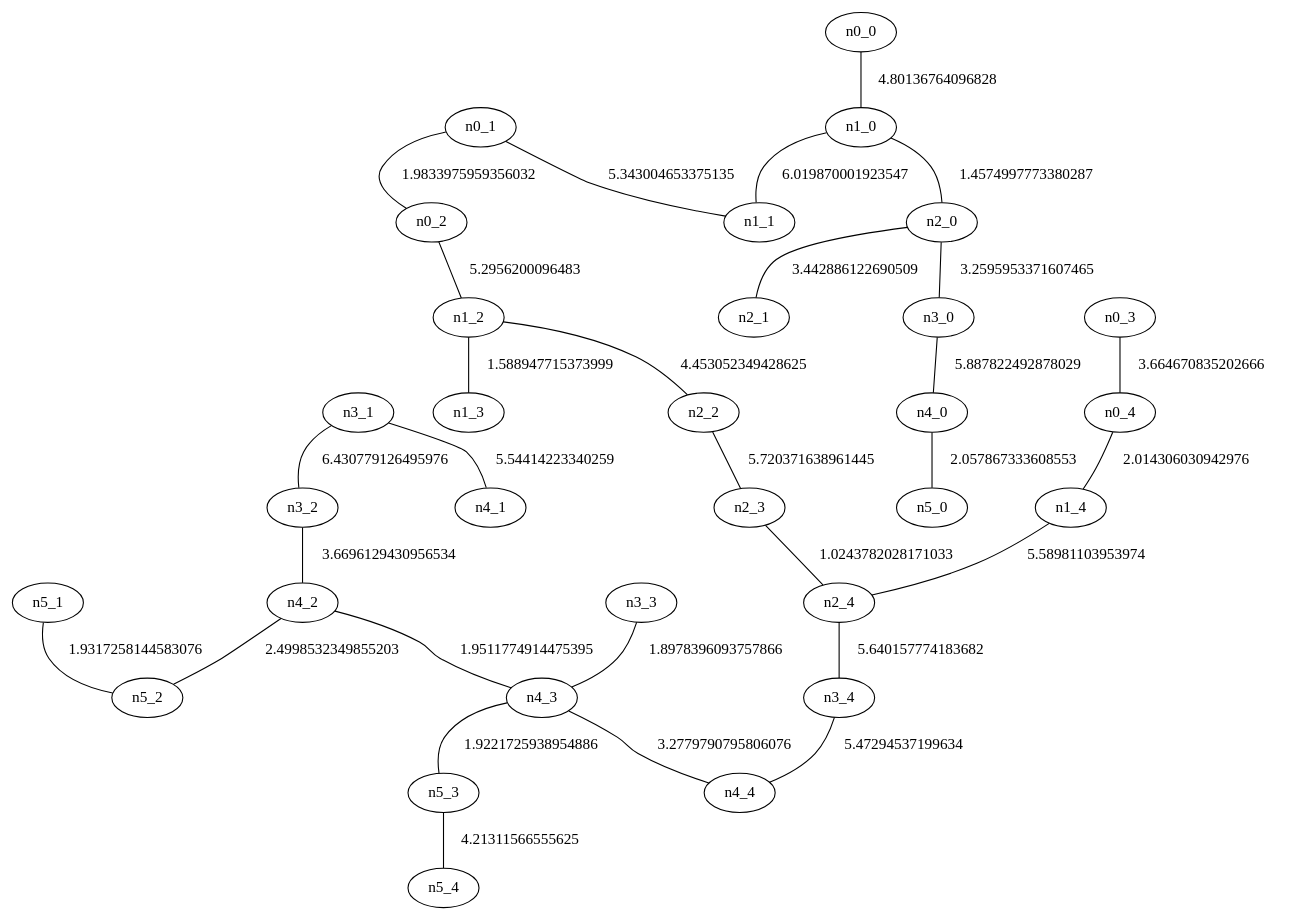
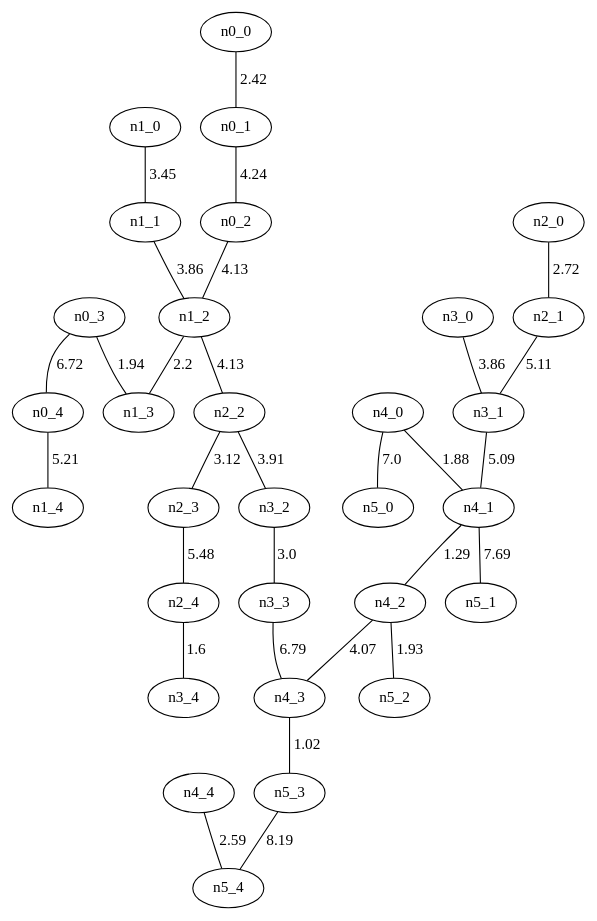
Before and after one commit to FranciscoMGL/Proyecto-Algoritmos: the diagram in KruskalD_malla_30.gv, drawn with Graphviz. The commit also changed 7 other files, not shown here.

```diff
--- a/KruskalD_malla_30.gv
+++ b/KruskalD_malla_30.gv
@@ -1,61 +1,61 @@
 graph G {
   "n1_4";
-  "n1_0";
-  "n5_3";
+  "n4_4";
   "n3_4";
-  "n0_3";
   "n1_2";
   "n5_0";
+  "n4_3";
+  "n1_0";
+  "n3_0";
+  "n5_1";
+  "n5_4";
+  "n2_0";
+  "n1_1";
+  "n5_3";
+  "n5_2";
+  "n2_1";
+  "n2_3";
+  "n2_2";
+  "n3_3";
+  "n1_3";
+  "n4_0";
+  "n0_4";
+  "n4_2";
+  "n3_1";
+  "n0_1";
+  "n0_2";
   "n3_2";
-  "n5_1";
-  "n2_1";
-  "n2_0";
-  "n4_0";
-  "n4_2";
-  "n5_4";
-  "n0_4";
-  "n3_1";
+  "n0_0";
+  "n0_3";
   "n2_4";
-  "n0_0";
-  "n0_1";
-  "n5_2";
-  "n1_3";
-  "n3_3";
-  "n3_0";
   "n4_1";
-  "n4_4";
-  "n4_3";
-  "n0_2";
-  "n2_3";
-  "n1_1";
-  "n2_2";
-  "n2_3" -- "n2_4" [label="1.0243782028171033"];
-  "n1_0" -- "n2_0" [label="1.4574997773380287"];
-  "n1_2" -- "n1_3" [label="1.588947715373999"];
-  "n3_3" -- "n4_3" [label="1.8978396093757866"];
-  "n4_3" -- "n5_3" [label="1.9221725938954886"];
-  "n5_1" -- "n5_2" [label="1.9317258144583076"];
-  "n4_2" -- "n4_3" [label="1.9511774914475395"];
-  "n0_1" -- "n0_2" [label="1.9833975959356032"];
-  "n0_4" -- "n1_4" [label="2.014306030942976"];
-  "n4_0" -- "n5_0" [label="2.057867333608553"];
-  "n4_2" -- "n5_2" [label="2.4998532349855203"];
-  "n2_0" -- "n3_0" [label="3.2595953371607465"];
-  "n4_3" -- "n4_4" [label="3.2779790795806076"];
-  "n2_0" -- "n2_1" [label="3.442886122690509"];
-  "n0_3" -- "n0_4" [label="3.664670835202666"];
-  "n3_2" -- "n4_2" [label="3.6696129430956534"];
-  "n5_3" -- "n5_4" [label="4.21311566555625"];
-  "n1_2" -- "n2_2" [label="4.453052349428625"];
-  "n0_0" -- "n1_0" [label="4.80136764096828"];
-  "n0_2" -- "n1_2" [label="5.2956200096483"];
-  "n0_1" -- "n1_1" [label="5.343004653375135"];
-  "n3_4" -- "n4_4" [label="5.47294537199634"];
-  "n3_1" -- "n4_1" [label="5.54414223340259"];
-  "n1_4" -- "n2_4" [label="5.58981103953974"];
-  "n2_4" -- "n3_4" [label="5.640157774183682"];
-  "n2_2" -- "n2_3" [label="5.720371638961445"];
-  "n3_0" -- "n4_0" [label="5.887822492878029"];
-  "n1_0" -- "n1_1" [label="6.019870001923547"];
-  "n3_1" -- "n3_2" [label="6.430779126495976"];
+  "n4_3" -- "n5_3" [label="1.02"];
+  "n4_1" -- "n4_2" [label="1.29"];
+  "n2_4" -- "n3_4" [label="1.6"];
+  "n4_0" -- "n4_1" [label="1.88"];
+  "n4_2" -- "n5_2" [label="1.93"];
+  "n0_3" -- "n1_3" [label="1.94"];
+  "n1_2" -- "n1_3" [label="2.2"];
+  "n0_0" -- "n0_1" [label="2.42"];
+  "n4_4" -- "n5_4" [label="2.59"];
+  "n2_0" -- "n2_1" [label="2.72"];
+  "n3_2" -- "n3_3" [label="3.0"];
+  "n2_2" -- "n2_3" [label="3.12"];
+  "n1_0" -- "n1_1" [label="3.45"];
+  "n3_0" -- "n3_1" [label="3.86"];
+  "n1_1" -- "n1_2" [label="3.86"];
+  "n2_2" -- "n3_2" [label="3.91"];
+  "n4_2" -- "n4_3" [label="4.07"];
+  "n1_2" -- "n2_2" [label="4.13"];
+  "n0_2" -- "n1_2" [label="4.13"];
+  "n0_1" -- "n0_2" [label="4.24"];
+  "n3_1" -- "n4_1" [label="5.09"];
+  "n2_1" -- "n3_1" [label="5.11"];
+  "n0_4" -- "n1_4" [label="5.21"];
+  "n2_3" -- "n2_4" [label="5.48"];
+  "n0_3" -- "n0_4" [label="6.72"];
+  "n3_3" -- "n4_3" [label="6.79"];
+  "n4_0" -- "n5_0" [label="7.0"];
+  "n4_1" -- "n5_1" [label="7.69"];
+  "n5_3" -- "n5_4" [label="8.19"];
 }
```
